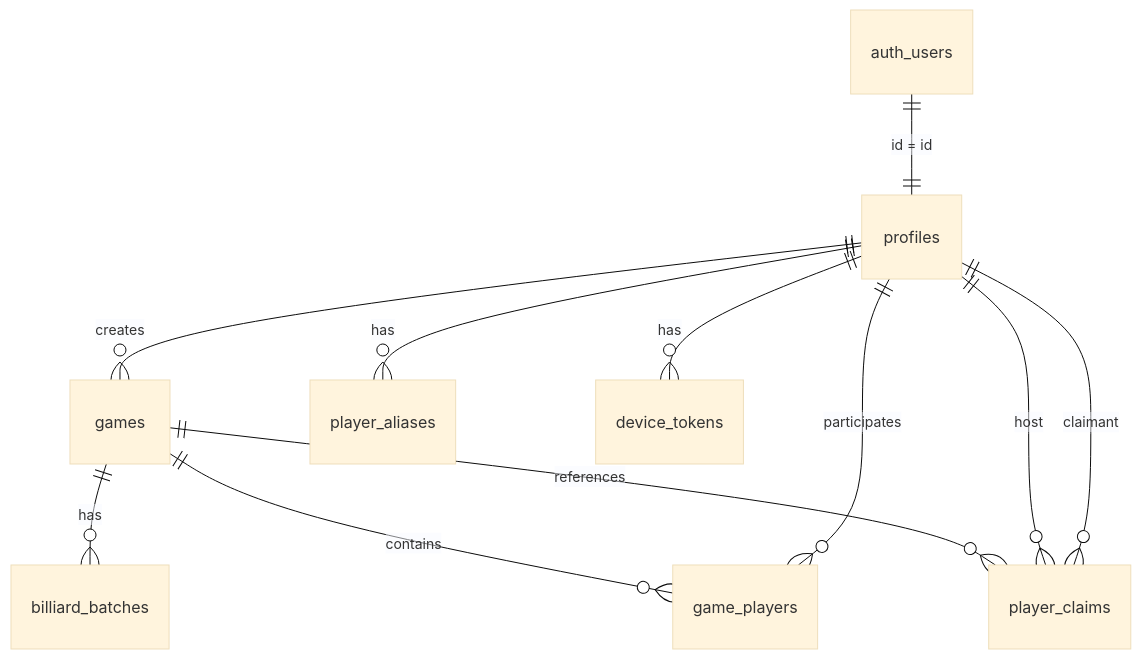
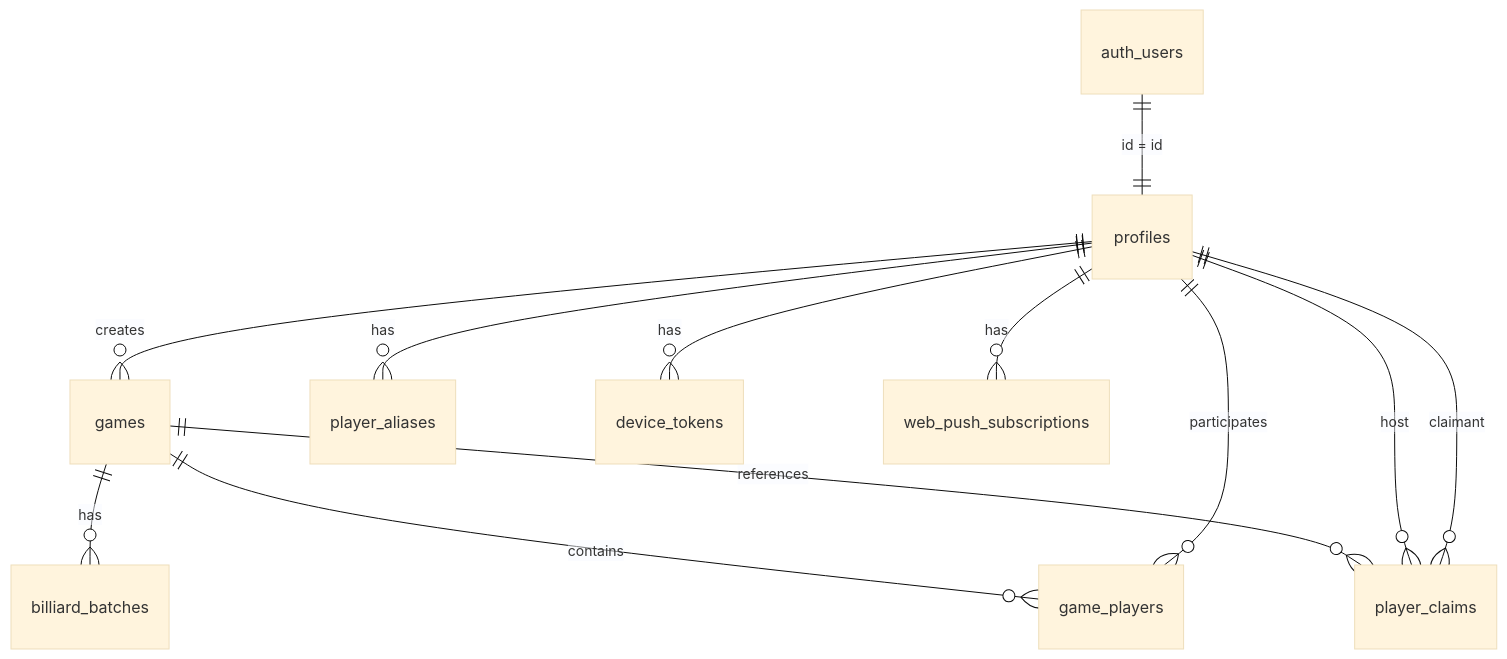
Before and after one commit to NicolasSev/gamesCheck: the first of 3 diagrams in docs/DATA_DIAGRAM.md, drawn with Mermaid (base theme). The commit also changed other lines of this file and 133 other files, not shown here.

````diff
--- a/docs/DATA_DIAGRAM.md
+++ b/docs/DATA_DIAGRAM.md
@@ -9,13 +11,14 @@
 ```mermaid
 erDiagram
     auth_users ||--|| profiles : "id = id"
     profiles ||--o{ games : creates
     profiles ||--o{ player_aliases : has
     profiles ||--o{ game_players : participates
     games ||--o{ game_players : contains
     games ||--o{ billiard_batches : has
     profiles ||--o{ player_claims : "claimant"
     profiles ||--o{ player_claims : "host"
     games ||--o{ player_claims : references
     profiles ||--o{ device_tokens : has
+    profiles ||--o{ web_push_subscriptions : has
 ```
````
